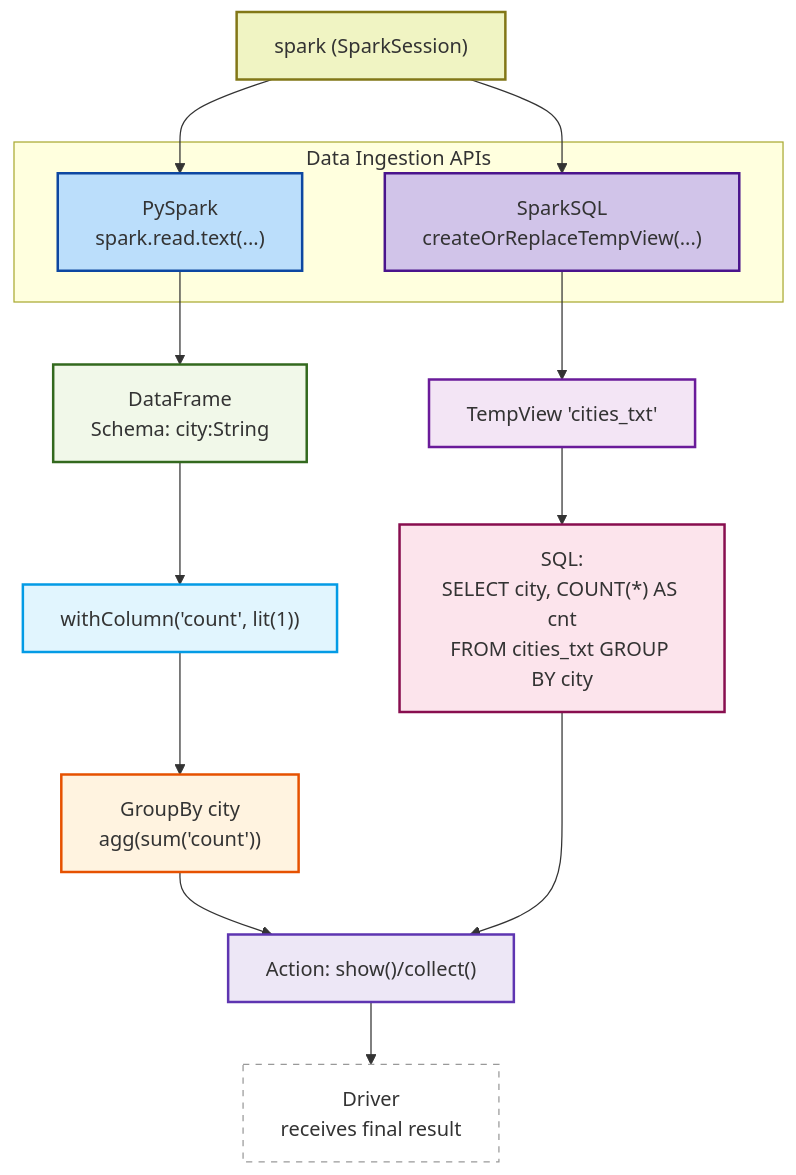
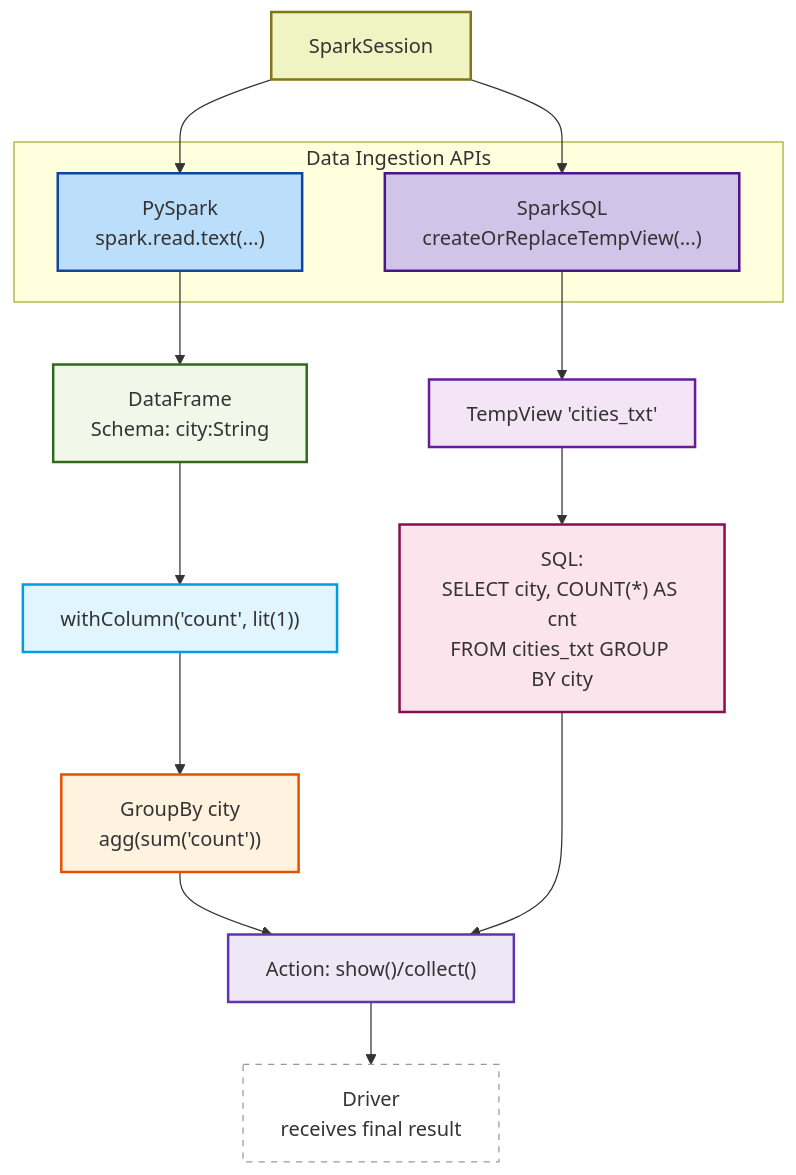
The first of 3 diagrams in README.md (blaire101/Spark-Journey-2025), drawn with Mermaid before and after one commit.

````diff
--- a/README.md
+++ b/README.md
@@ -6,33 +6,33 @@
 ```mermaid
 flowchart TB
-    Session["spark (SparkSession)"]
+    Session["SparkSession"]
     subgraph APIs ["Data Ingestion APIs"]
       PyAPI["PySpark<br>spark.read.text(...)"]
       SQLAPI["SparkSQL<br>createOrReplaceTempView(...)"]
     end
 
     Session --> PyAPI
     Session --> SQLAPI
 
     PyAPI --> DF1["DataFrame<br>Schema: city:String"]
     SQLAPI --> TempView["TempView 'cities_txt'"]
 
     DF1 --> WithCount["withColumn('count', lit(1))"]
     TempView --> SQL1["SQL:<br>SELECT city, COUNT(*) AS cnt<br>FROM cities_txt GROUP BY city"]
 
     WithCount --> GroupByDF["GroupBy city<br>agg(sum('count'))"]
     GroupByDF & SQL1 --> Action["Action: show()/collect()"]
     Action --> Driver["Driver<br>receives final result"]
 
     %% Styling
     style Session  fill:#f0f4c3,stroke:#827717,stroke-width:2px
     style PyAPI    fill:#bbdefb,stroke:#0d47a1,stroke-width:2px
     style SQLAPI   fill:#d1c4e9,stroke:#4a148c,stroke-width:2px
     style DF1      fill:#f1f8e9,stroke:#33691e,stroke-width:2px
     style WithCount fill:#e1f5fe,stroke:#039be5,stroke-width:2px
     style GroupByDF fill:#fff3e0,stroke:#e65100,stroke-width:2px
     style TempView fill:#f3e5f5,stroke:#6a1b9a,stroke-width:2px
     style SQL1     fill:#fce4ec,stroke:#880e4f,stroke-width:2px
     style Action   fill:#ede7f6,stroke:#5e35b1,stroke-width:2px
     style Driver   fill:#ffffff,stroke:#999,stroke-width:1px,stroke-dasharray:5 5
 ```
````
